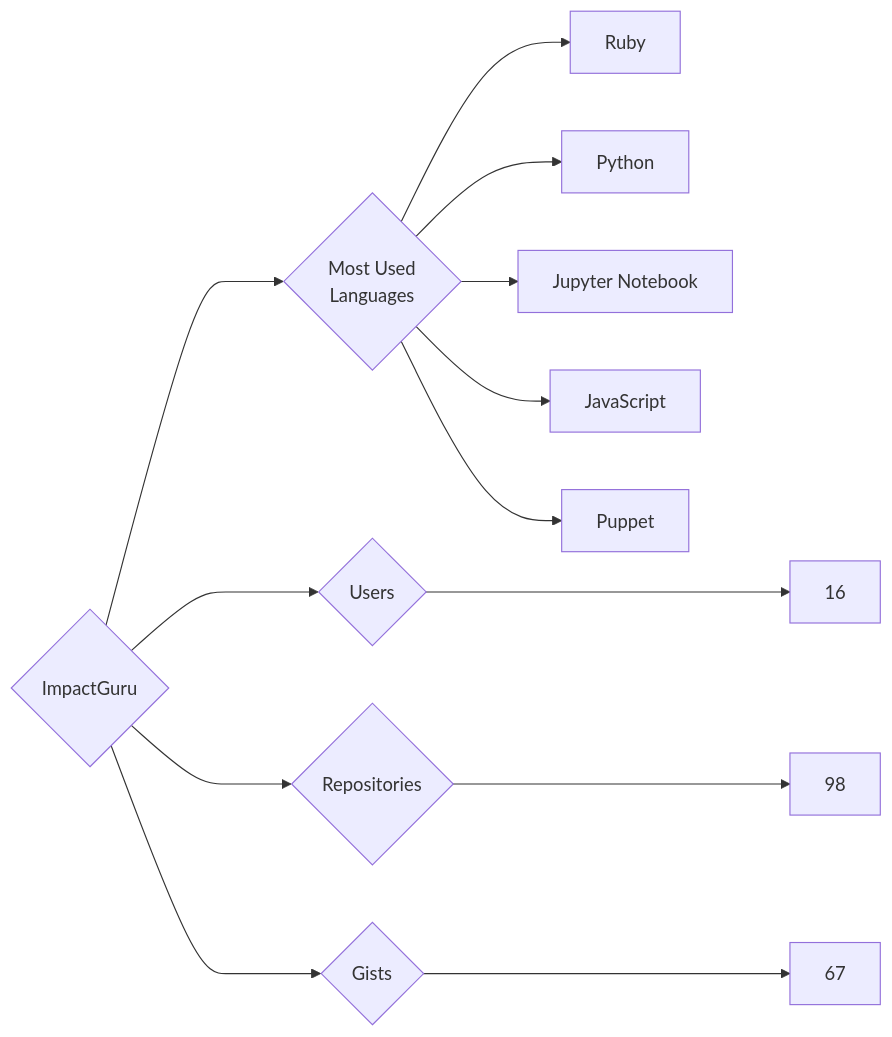
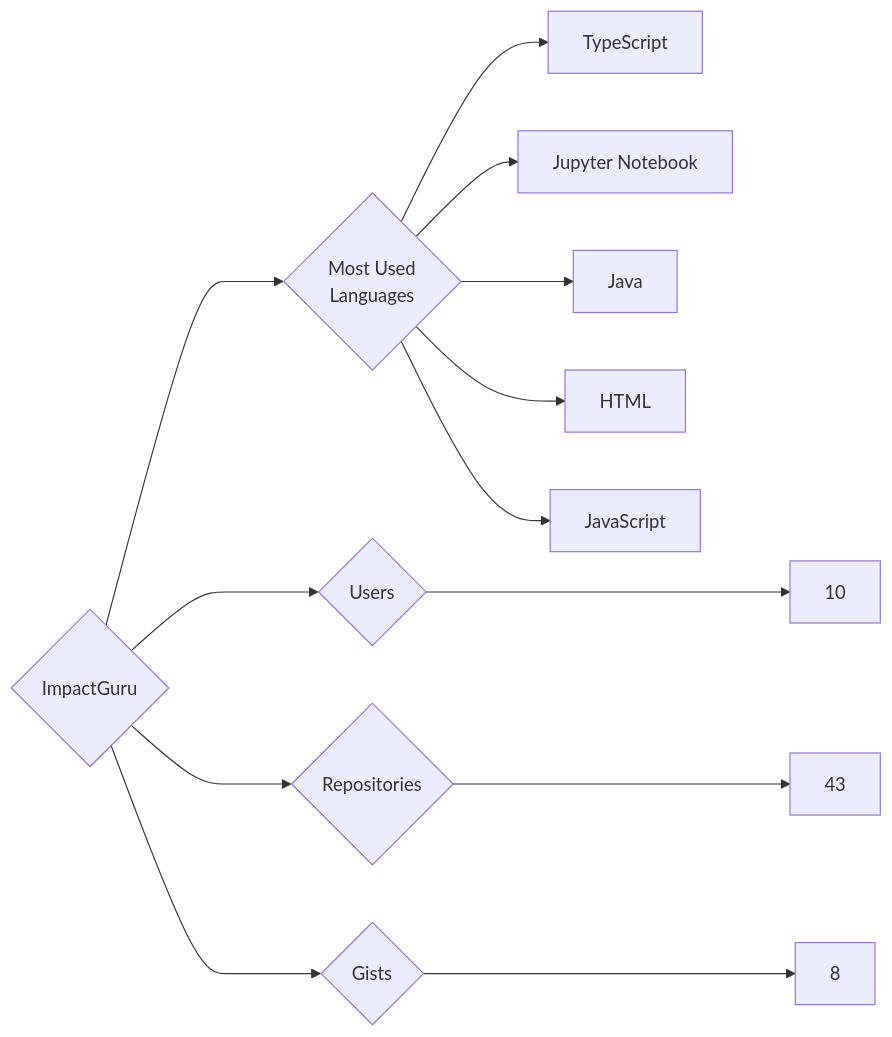
Before and after one commit to trickest/insiders: the diagram in targets/ImpactGuru/README.md, drawn with Mermaid. The commit also changed 861 other files, not shown here.

````diff
--- a/targets/ImpactGuru/README.md
+++ b/targets/ImpactGuru/README.md
@@ -3,13 +3,13 @@
 ```mermaid
 graph LR
 COMPANY_NAME{ImpactGuru}
-COMPANY_NAME ---> U{Users} ---> UN[16]
-COMPANY_NAME ---> R{Repositories} ---> RN[98]
-COMPANY_NAME ---> G{Gists} ---> GN[67]
+COMPANY_NAME ---> U{Users} ---> UN[10]
+COMPANY_NAME ---> R{Repositories} ---> RN[43]
+COMPANY_NAME ---> G{Gists} ---> GN[8]
 COMPANY_NAME ---> ML{Most Used<br>Languages}
-ML --> Ruby[Ruby]
-ML --> Python[Python]
+ML --> TypeScript[TypeScript]
 ML --> Jupyter_Notebook[Jupyter Notebook]
+ML --> Java[Java]
+ML --> HTML[HTML]
 ML --> JavaScript[JavaScript]
-ML --> Puppet[Puppet]
 ```
````
